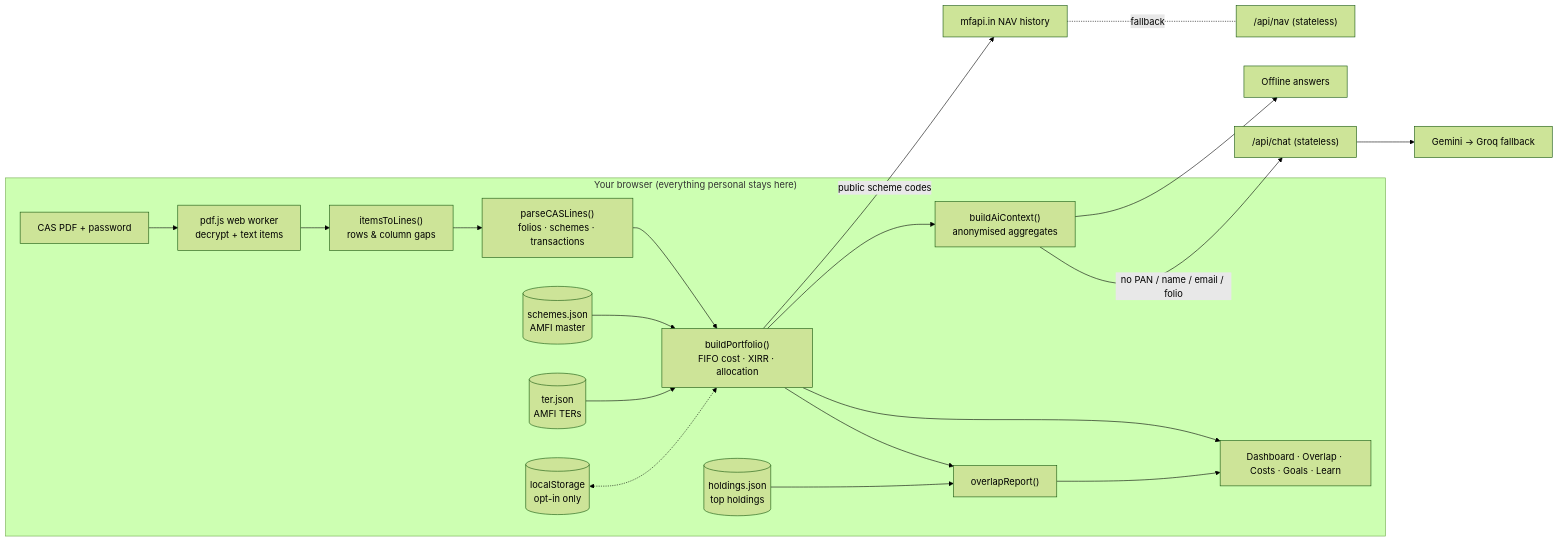
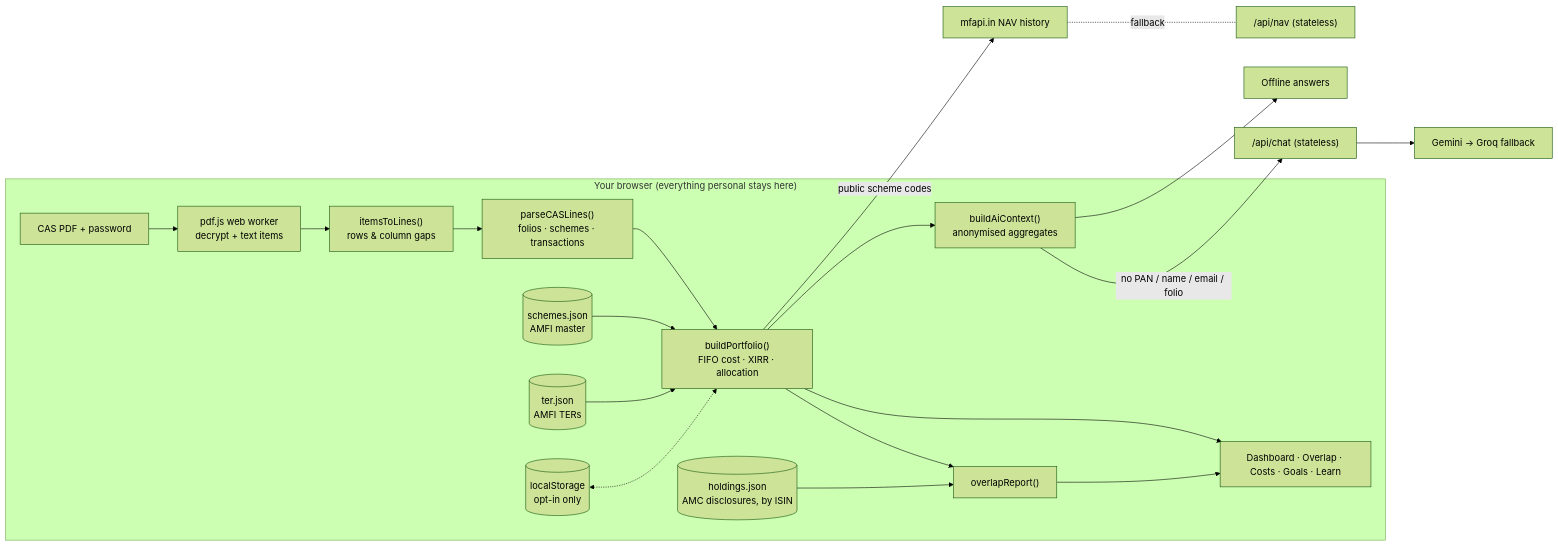
Before and after one commit to SarthakJain29/MF-x-ray: the diagram in README.md, drawn with Mermaid (forest theme). The commit also changed other lines of this file and 13 other files, not shown here.

````diff
--- a/README.md
+++ b/README.md
@@ -66,22 +71,22 @@
 ```mermaid
 flowchart LR
   subgraph Device["Your browser (everything personal stays here)"]
     PDF["CAS PDF + password"] --> Worker["pdf.js web worker<br/>decrypt + text items"]
     Worker --> Lines["itemsToLines()<br/>rows & column gaps"]
     Lines --> Parser["parseCASLines()<br/>folios · schemes · transactions"]
     Parser --> Engine["buildPortfolio()<br/>FIFO cost · XIRR · allocation"]
     Index[("schemes.json<br/>AMFI master")] --> Engine
     TER[("ter.json<br/>AMFI TERs")] --> Engine
-    Holdings[("holdings.json<br/>top holdings")] --> Overlap["overlapReport()"]
+    Holdings[("holdings.json<br/>AMC disclosures, by ISIN")] --> Overlap["overlapReport()"]
     Engine --> Overlap
     Engine --> UI["Dashboard · Overlap · Costs · Goals · Learn"]
     Overlap --> UI
     Engine --> Anon["buildAiContext()<br/>anonymised aggregates"]
     Store[("localStorage<br/>opt-in only")] <-.-> Engine
   end
   Engine -- "public scheme codes" --> MFAPI["mfapi.in NAV history"]
   MFAPI -. "fallback" .- NavProxy["/api/nav (stateless)"]
   Anon -- "no PAN / name / email / folio" --> Chat["/api/chat (stateless)"]
   Chat --> LLM["Gemini → Groq fallback"]
   Anon --> Local["Offline answers"]
 ```
````
